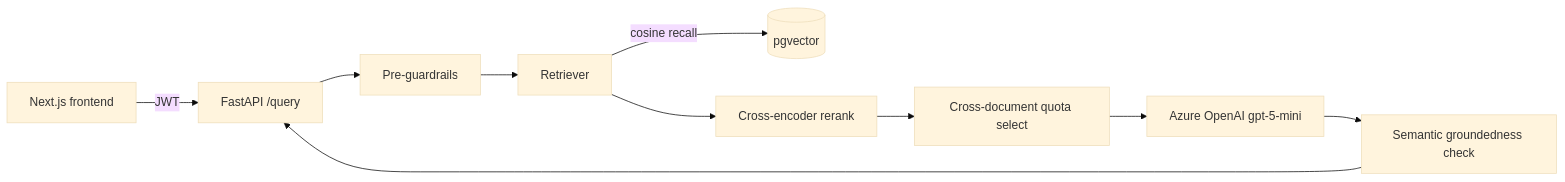
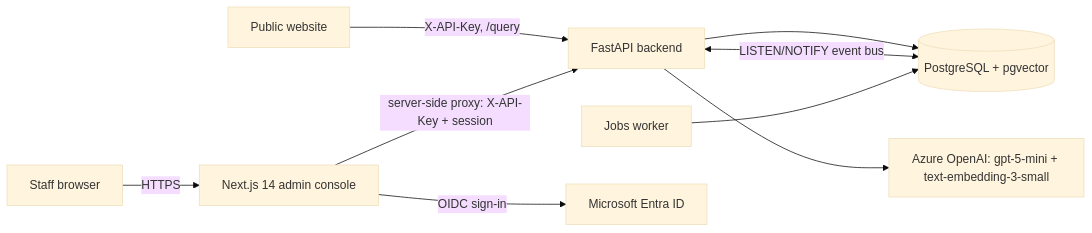
One commit to Exigotech-TSP-India-Pvt-Ltf/askdiq changed the diagram in README.md. Above: the diagram before and after it, drawn with Mermaid (base theme). The commit also changed other lines of this file and 72 other files, not shown here.

````diff
--- a/README.md
+++ b/README.md
@@ -18,12 +17,11 @@
 ```mermaid
 flowchart LR
-    UI[Next.js frontend] -->|JWT| API[FastAPI /query]
-    API --> PRE[Pre-guardrails]
-    PRE --> RET[Retriever]
-    RET -->|cosine recall| VS[(pgvector)]
-    RET --> RR[Cross-encoder rerank]
-    RR --> SEL[Cross-document quota select]
-    SEL --> LLM[Azure OpenAI gpt-5-mini]
-    LLM --> POST[Semantic groundedness check]
-    POST --> API
+    Visitor[Public website] -->|X-API-Key, /query| API
+    Browser[Staff browser] -->|HTTPS| Web[Next.js 14 admin console]
+    Web -->|server-side proxy: X-API-Key + session| API[FastAPI backend]
+    API --> PG[(PostgreSQL + pgvector)]
+    API --> AOAI[Azure OpenAI: gpt-5-mini + text-embedding-3-small]
+    API <-->|LISTEN/NOTIFY event bus| PG
+    Worker[Jobs worker] --> PG
+    Web -->|OIDC sign-in| Entra[Microsoft Entra ID]
 ```
````
